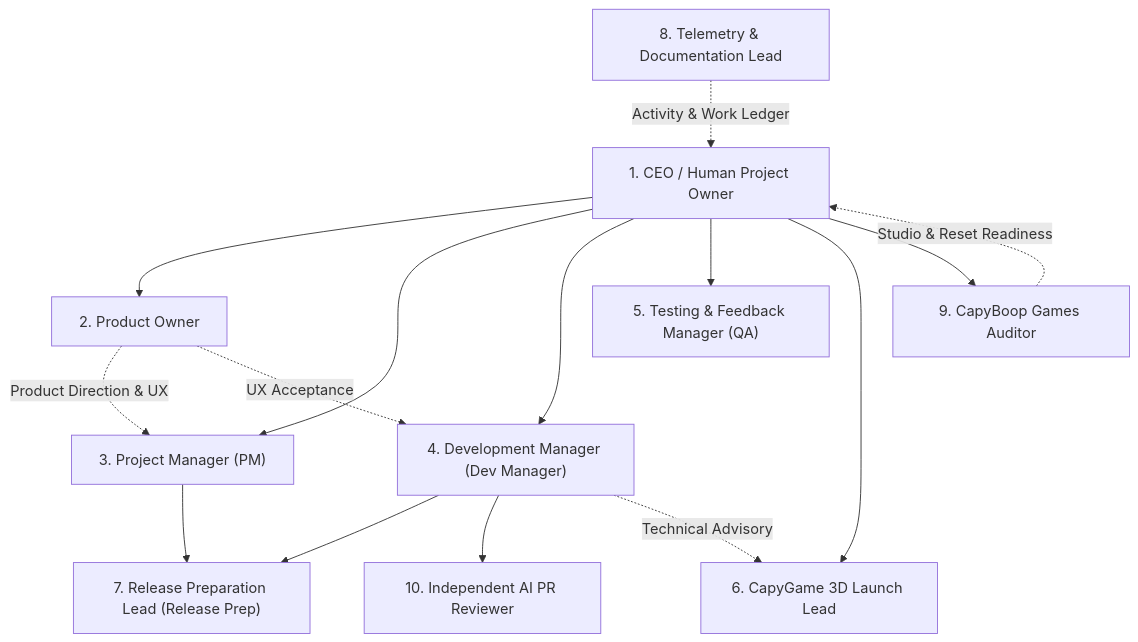
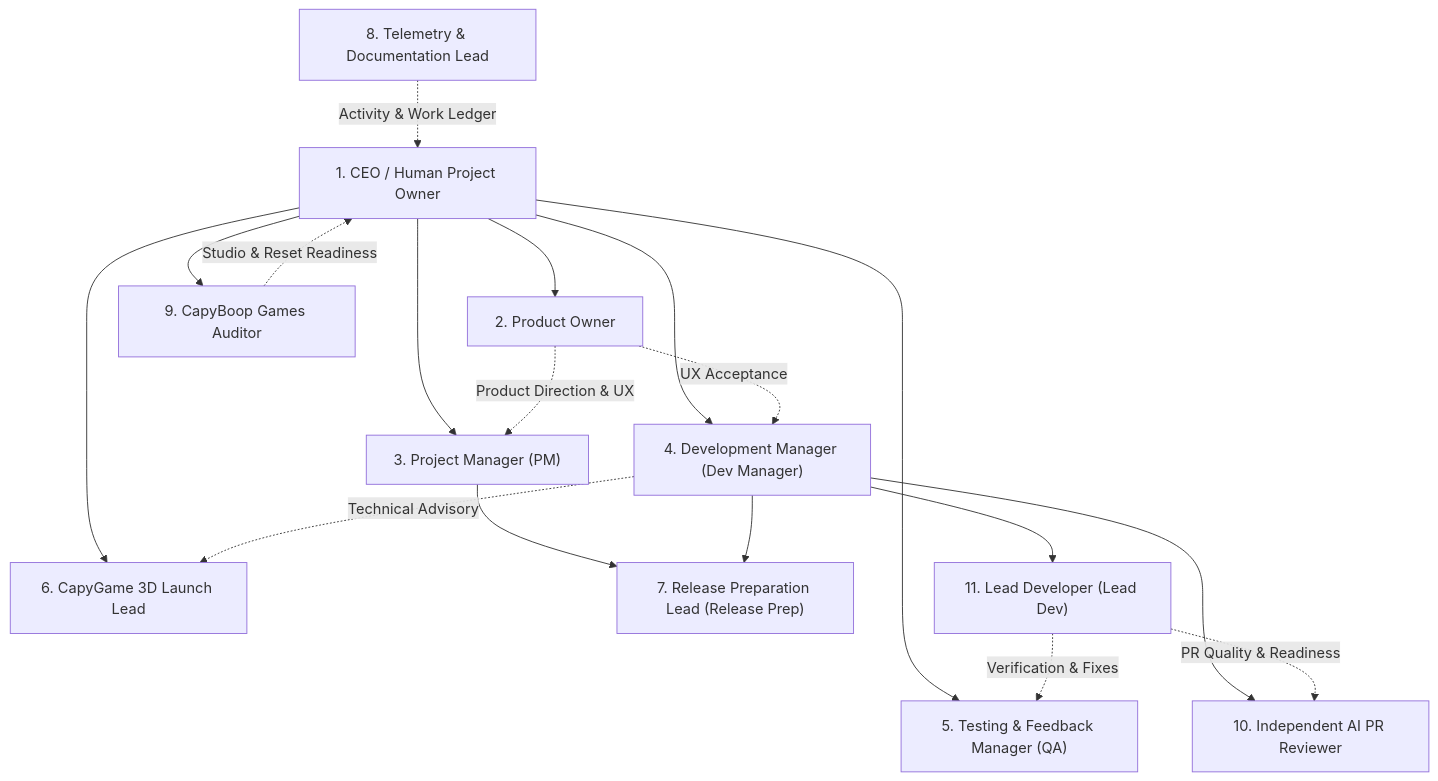
Before and after one commit to shthed/capy: the diagram in CAPYBOOP.md, drawn with Mermaid. The commit also changed other lines of this file, not shown here.

Commit message:
docs: add Lead Developer role to CAPYBOOP.md

````diff
--- a/CAPYBOOP.md
+++ b/CAPYBOOP.md
@@ -29,28 +29,32 @@
 ```mermaid
 flowchart TD
     CEO["1. CEO / Human Project Owner"]
     PO["2. Product Owner"]
     PM["3. Project Manager (PM)"]
     DEV["4. Development Manager (Dev Manager)"]
     QA["5. Testing & Feedback Manager (QA)"]
     CAPY3D["6. CapyGame 3D Launch Lead"]
     REL["7. Release Preparation Lead (Release Prep)"]
     TEL["8. Telemetry & Documentation Lead"]
     AUDIT["9. CapyBoop Games Auditor"]
     REV["10. Independent AI PR Reviewer"]
+    LEAD["11. Lead Developer (Lead Dev)"]
 
     CEO --> PO
     CEO --> PM
     CEO --> DEV
     CEO --> QA
     CEO --> CAPY3D
     CEO --> AUDIT
     PO -. "Product Direction & UX" .-> PM
     PO -. "UX Acceptance" .-> DEV
+    DEV --> LEAD
     PM --> REL
     DEV --> REL
     DEV --> REV
     DEV -. "Technical Advisory" .-> CAPY3D
+    LEAD -. "Verification & Fixes" .-> QA
+    LEAD -. "PR Quality & Readiness" .-> REV
     AUDIT -. "Studio & Reset Readiness" .-> CEO
     TEL -. "Activity & Work Ledger" .-> CEO
 ```
````
